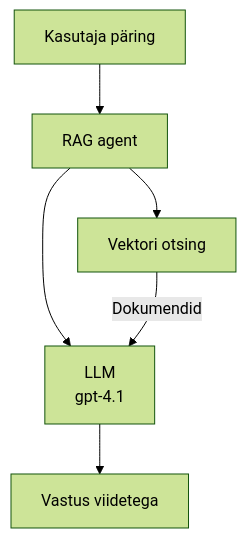
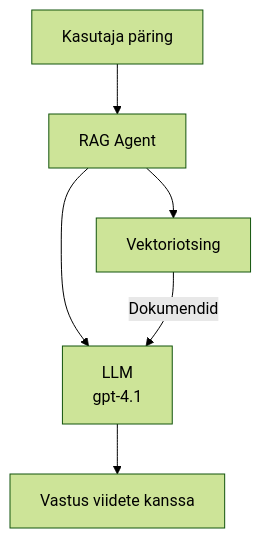
Before and after one commit to microsoft/AZD-for-beginners: the second of 3 diagrams in translations/et/docs/chapter-02-ai-development/agents.md, drawn with Mermaid (forest theme). The commit also changed other lines of this file and 101 other files, not shown here.

````diff
--- a/translations/et/docs/chapter-02-ai-development/agents.md
+++ b/translations/et/docs/chapter-02-ai-development/agents.md
@@ -170,8 +175,8 @@
 ```mermaid
 graph TD
-    Query[Kasutaja päring] --> RAG[RAG agent]
-    RAG --> Vector[Vektori otsing]
+    Query[Kasutaja päring] --> RAG[RAG Agent]
+    RAG --> Vector[Vektoriotsing]
     RAG --> LLM[LLM<br/>gpt-4.1]
     Vector -- Dokumendid --> LLM
-    LLM --> Response[Vastus viidetega]
+    LLM --> Response[Vastus viidete kanssa]
 ```
````
